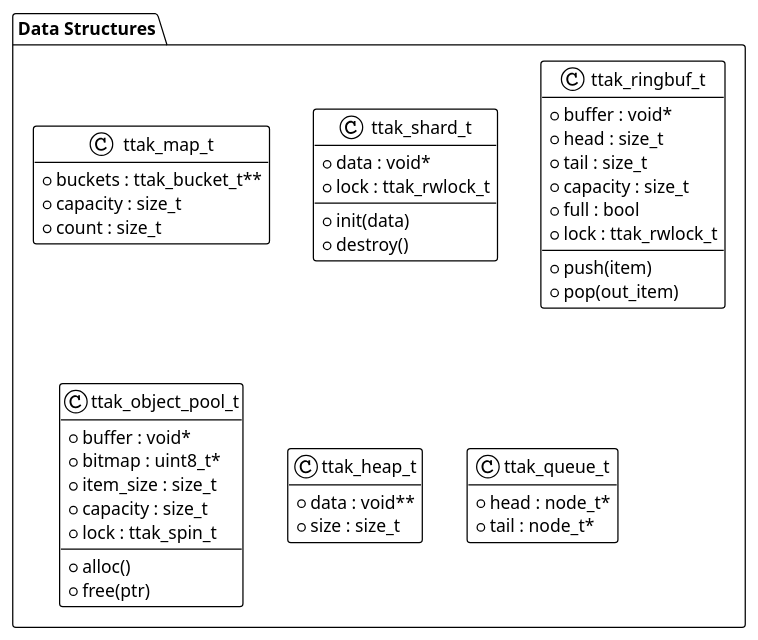
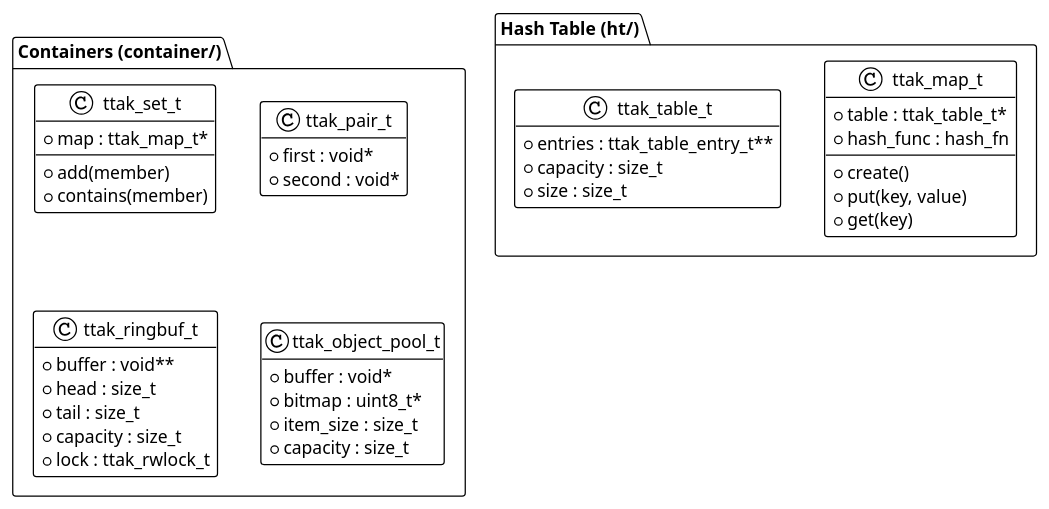
One commit to Religiya-Serdtsa/libttak changed the diagram in blueprints/02_data_structures.puml. Above: the diagram before and after it, drawn with PlantUML. The commit also changed 17 other files, not shown here.

```diff
--- a/blueprints/02_data_structures.puml
+++ b/blueprints/02_data_structures.puml
@@ -1,53 +1,50 @@
 @startuml
 !theme plain
 hide empty members
 
-package "Data Structures" {
+package "Hash Table (ht/)" {
     class ttak_map_t {
-        + buckets : ttak_bucket_t**
-        + capacity : size_t
-        + count : size_t
+        + table : ttak_table_t*
+        + hash_func : hash_fn
+        __
+        + create()
+        + put(key, value)
+        + get(key)
     }
 
-    class ttak_shard_t {
-        + data : void*
-        + lock : ttak_rwlock_t
+    class ttak_table_t {
+        + entries : ttak_table_entry_t**
+        + capacity : size_t
+        + size : size_t
+    }
+}
+
+package "Containers (container/)" {
+    class ttak_set_t {
+        + map : ttak_map_t*
         __
-        + init(data)
-        + destroy()
+        + add(member)
+        + contains(member)
+    }
+
+    class ttak_pair_t {
+        + first : void*
+        + second : void*
     }
 
     class ttak_ringbuf_t {
-        + buffer : void*
+        + buffer : void**
         + head : size_t
         + tail : size_t
         + capacity : size_t
-        + full : bool
         + lock : ttak_rwlock_t
-        __
-        + push(item)
-        + pop(out_item)
     }
 
     class ttak_object_pool_t {
         + buffer : void*
         + bitmap : uint8_t*
         + item_size : size_t
         + capacity : size_t
-        + lock : ttak_spin_t
-        __
-        + alloc()
-        + free(ptr)
-    }
-
-    class ttak_heap_t {
-        + data : void**
-        + size : size_t
-    }
-
-    class ttak_queue_t {
-         + head : node_t*
-         + tail : node_t*
     }
 }
 @enduml
```
